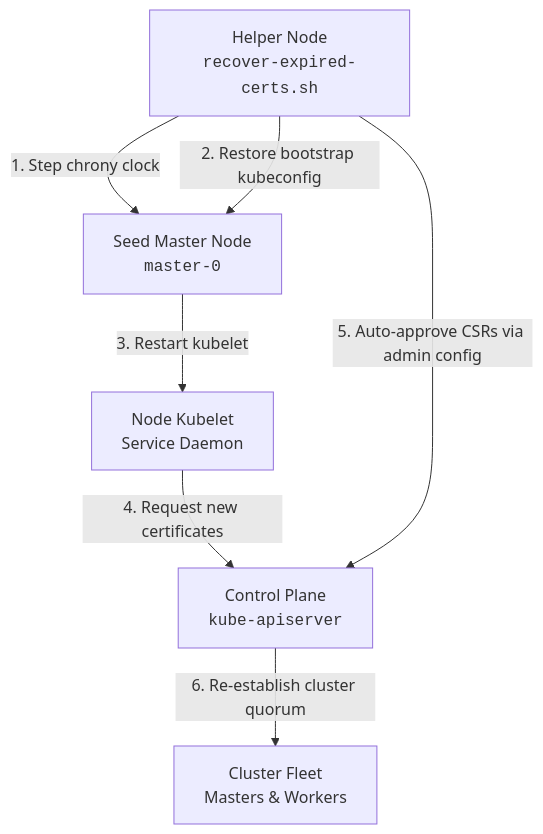
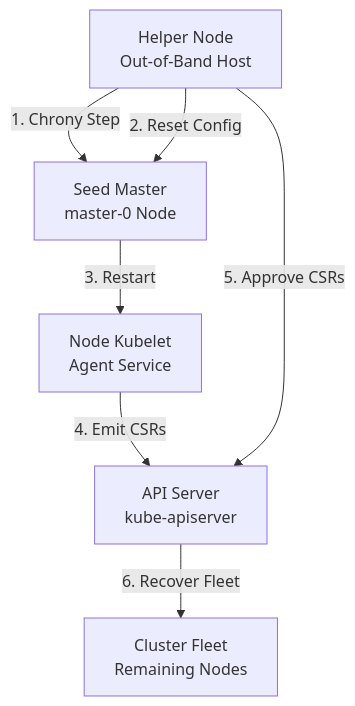
One commit to nubenetes/openshift-4-20-installation-day0-day2 changed the sixth of 6 diagrams in scripts/README.md. Above: the diagram before and after it, drawn with Mermaid. The commit also changed other lines of this file, not shown here.

Commit message:
fix(docs): resolve text overflow in mermaid boxes by shortening line lengths and adding ascii companion diagrams

````diff
--- a/scripts/README.md
+++ b/scripts/README.md
@@ -496,15 +576,15 @@
 ```mermaid
 flowchart TD
-    HN["Helper Node<br/><code>recover-expired-certs.sh</code>"]
-    M0["Seed Master Node<br/><code>master-0</code>"]
-    KUB["Node Kubelet<br/>Service Daemon"]
-    API["Control Plane<br/><code>kube-apiserver</code>"]
-    FLEET["Cluster Fleet<br/>Masters &amp; Workers"]
+    HN["Helper Node<br/>Out-of-Band Host"]
+    M0["Seed Master<br/>master-0 Node"]
+    KUB["Node Kubelet<br/>Agent Service"]
+    API["API Server<br/>kube-apiserver"]
+    FLEET["Cluster Fleet<br/>Remaining Nodes"]
 
-    HN -->|"1. Step chrony clock"| M0
-    HN -->|"2. Restore bootstrap kubeconfig"| M0
-    M0 -->|"3. Restart kubelet"| KUB
-    KUB -->|"4. Request new certificates"| API
-    HN -->|"5. Auto-approve CSRs via admin config"| API
-    API -->|"6. Re-establish cluster quorum"| FLEET
+    HN -->|"1. Chrony Step"| M0
+    HN -->|"2. Reset Config"| M0
+    M0 -->|"3. Restart"| KUB
+    KUB -->|"4. Emit CSRs"| API
+    HN -->|"5. Approve CSRs"| API
+    API -->|"6. Recover Fleet"| FLEET
 ```
````
